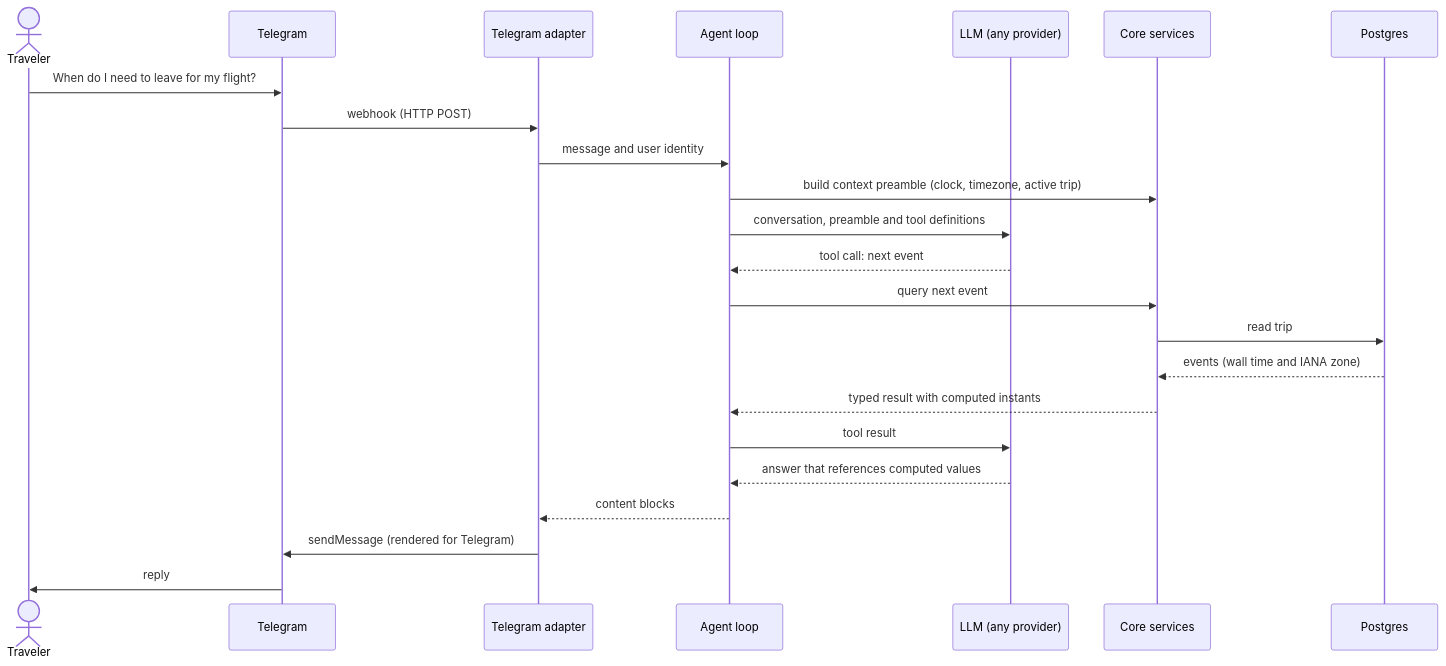
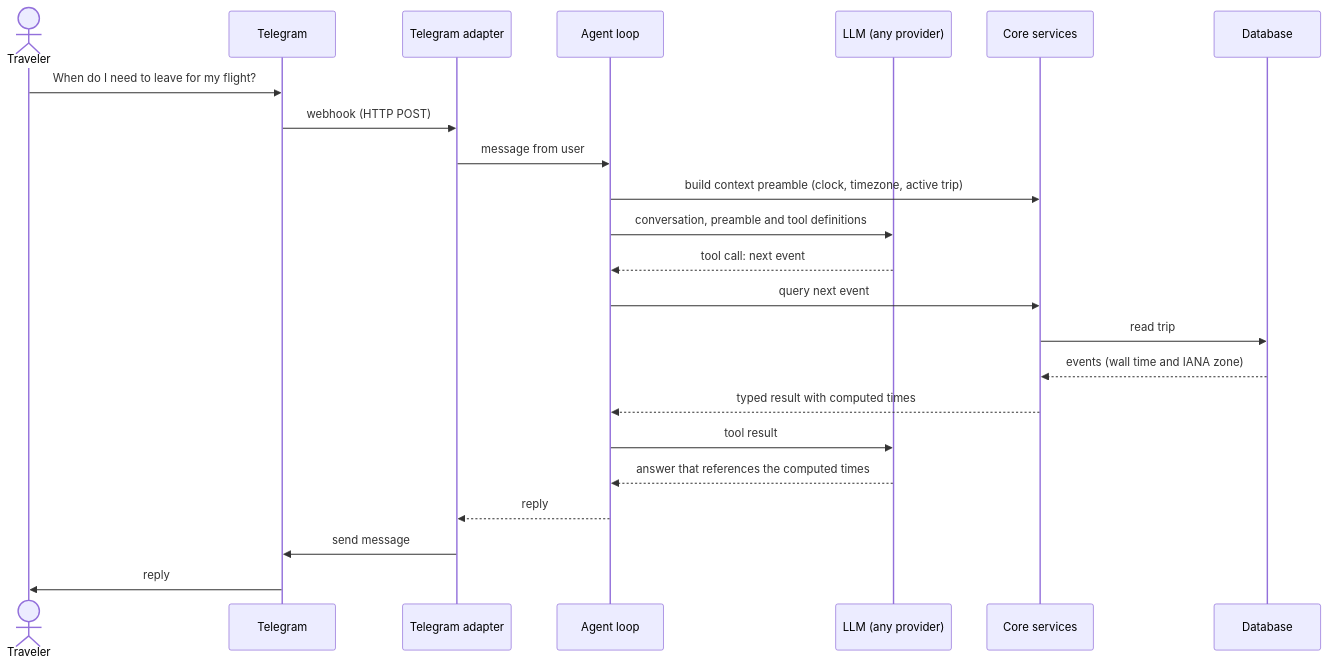
Before and after one commit to guidugaich/ai-travel-agent: the fourth of 4 diagrams in ARCHITECTURE.md, drawn with Mermaid. The commit also changed other lines of this file and 24 other files, not shown here.

````diff
--- a/ARCHITECTURE.md
+++ b/ARCHITECTURE.md
@@ -103,26 +118,26 @@
 ```mermaid
 sequenceDiagram
   actor U as Traveler
   participant T as Telegram
   participant B as Telegram adapter
   participant A as Agent loop
   participant L as LLM (any provider)
   participant C as Core services
-  participant D as Postgres
+  participant D as Database
 
   U->>T: When do I need to leave for my flight?
   T->>B: webhook (HTTP POST)
-  B->>A: message and user identity
+  B->>A: message from user
   A->>C: build context preamble (clock, timezone, active trip)
   A->>L: conversation, preamble and tool definitions
   L-->>A: tool call: next event
   A->>C: query next event
   C->>D: read trip
   D-->>C: events (wall time and IANA zone)
-  C-->>A: typed result with computed instants
+  C-->>A: typed result with computed times
   A->>L: tool result
-  L-->>A: answer that references computed values
-  A-->>B: content blocks
-  B->>T: sendMessage (rendered for Telegram)
+  L-->>A: answer that references the computed times
+  A-->>B: reply
+  B->>T: send message
   T->>U: reply
 ```
````
